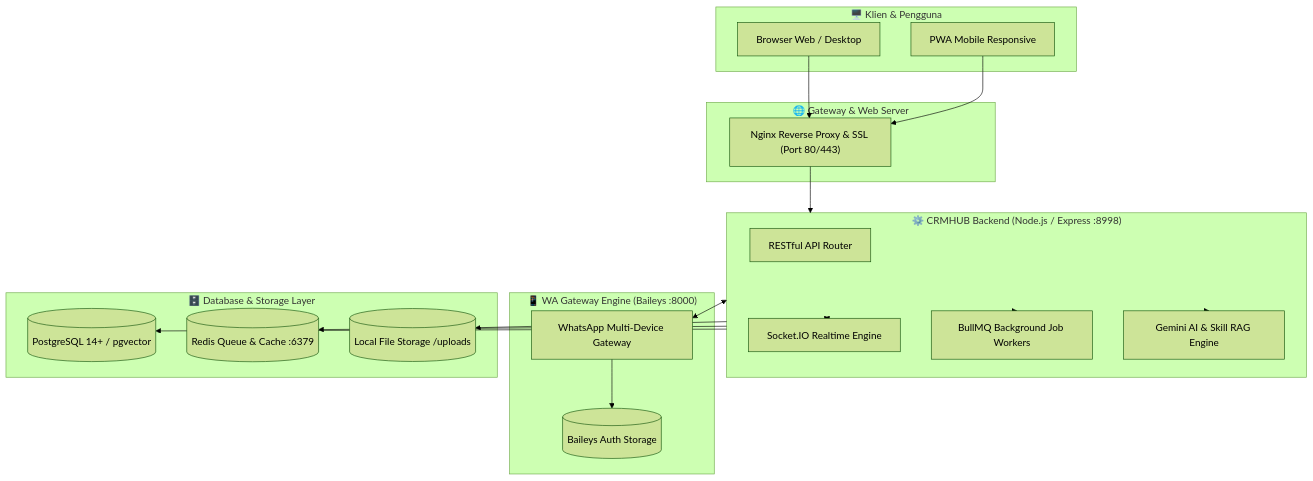
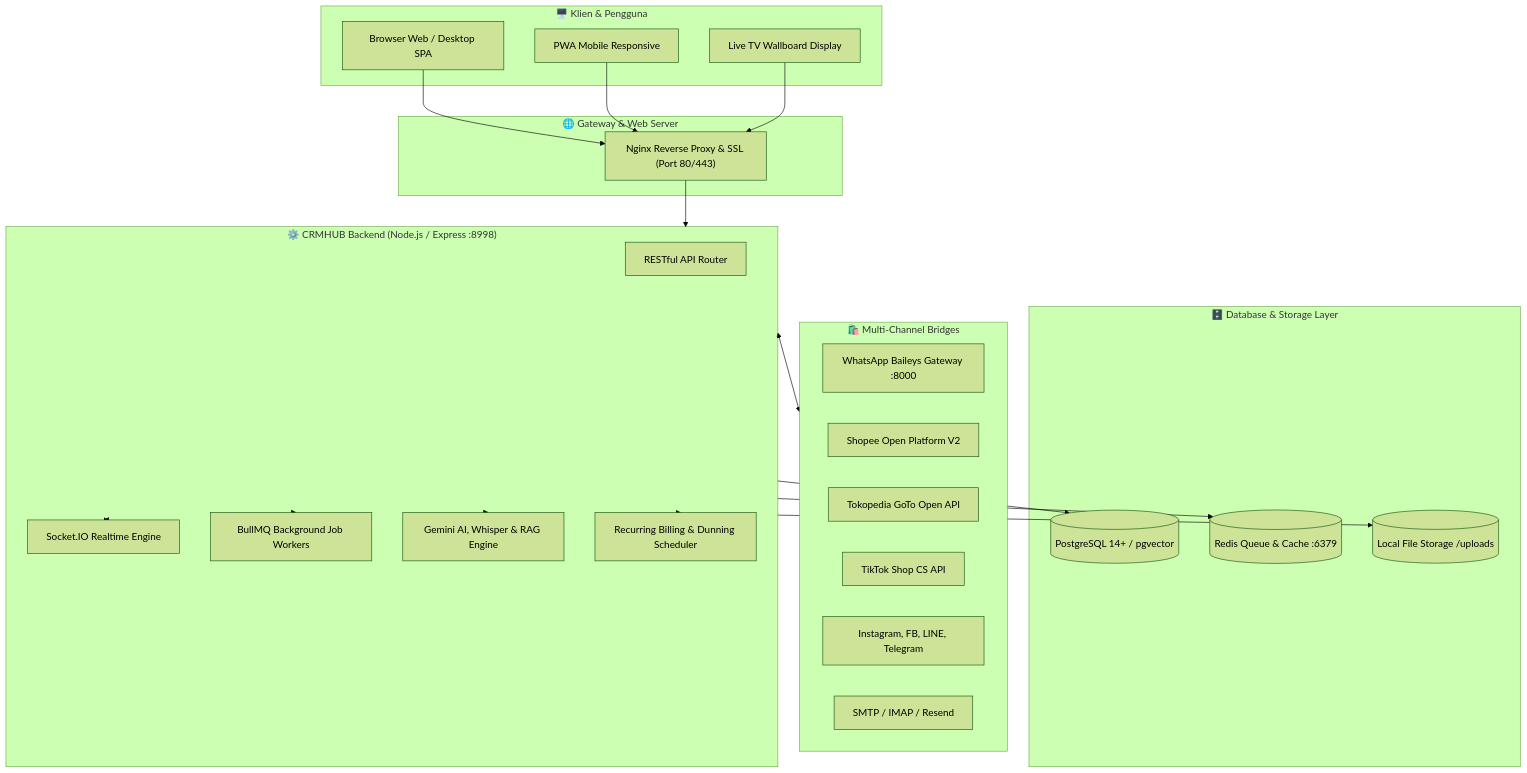
The diagram in README.md (mhfmsn27/crm-omnichannel), drawn with Mermaid (forest theme) before and after one commit. The commit also changed other lines of this file and 74 other files, not shown here.

````diff
--- a/README.md
+++ b/README.md
@@ -103,41 +129,48 @@
 ```mermaid
 flowchart TB
     subgraph Clients["🖥️ Klien & Pengguna"]
-        Web[Browser Web / Desktop]
+        Web[Browser Web / Desktop SPA]
         Mobile[PWA Mobile Responsive]
+        TV[Live TV Wallboard Display]
     end
 
     subgraph ReverseProxy["🌐 Gateway & Web Server"]
         Nginx["Nginx Reverse Proxy & SSL (Port 80/443)"]
     end
 
     subgraph CoreBackend["⚙️ CRMHUB Backend (Node.js / Express :8998)"]
         API[RESTful API Router]
         SocketEngine[Socket.IO Realtime Engine]
         QueueWorker[BullMQ Background Job Workers]
-        AICopilotEngine[Gemini AI & Skill RAG Engine]
+        AICopilotEngine[Gemini AI, Whisper & RAG Engine]
+        SchedulerEngine[Recurring Billing & Dunning Scheduler]
     end
 
-    subgraph WAGatewayServer["📱 WA Gateway Engine (Baileys :8000)"]
-        WAGateway[WhatsApp Multi-Device Gateway]
-        WASessions[(Baileys Auth Storage)]
+    subgraph ChannelBridges["🛍️ Multi-Channel Bridges"]
+        WAGateway[WhatsApp Baileys Gateway :8000]
+        ShopeeBridge[Shopee Open Platform V2]
+        TokpedBridge[Tokopedia GoTo Open API]
+        TikTokBridge[TikTok Shop CS API]
+        SocialBridge[Instagram, FB, LINE, Telegram]
+        EmailBridge[SMTP / IMAP / Resend]
     end
 
     subgraph DataStorage["🗄️ Database & Storage Layer"]
         PG[(PostgreSQL 14+ / pgvector)]
         RedisCache[(Redis Queue & Cache :6379)]
         LocalUploads[(Local File Storage /uploads)]
     end
 
     Web --> Nginx
     Mobile --> Nginx
+    TV --> Nginx
     Nginx --> CoreBackend
     CoreBackend <--> SocketEngine
     CoreBackend --> QueueWorker
     CoreBackend --> AICopilotEngine
-    CoreBackend <--> WAGateway
-    WAGateway --> WASessions
+    CoreBackend --> SchedulerEngine
+    CoreBackend <--> ChannelBridges
     CoreBackend --> PG
     CoreBackend --> RedisCache
     CoreBackend --> LocalUploads
 ```
````
